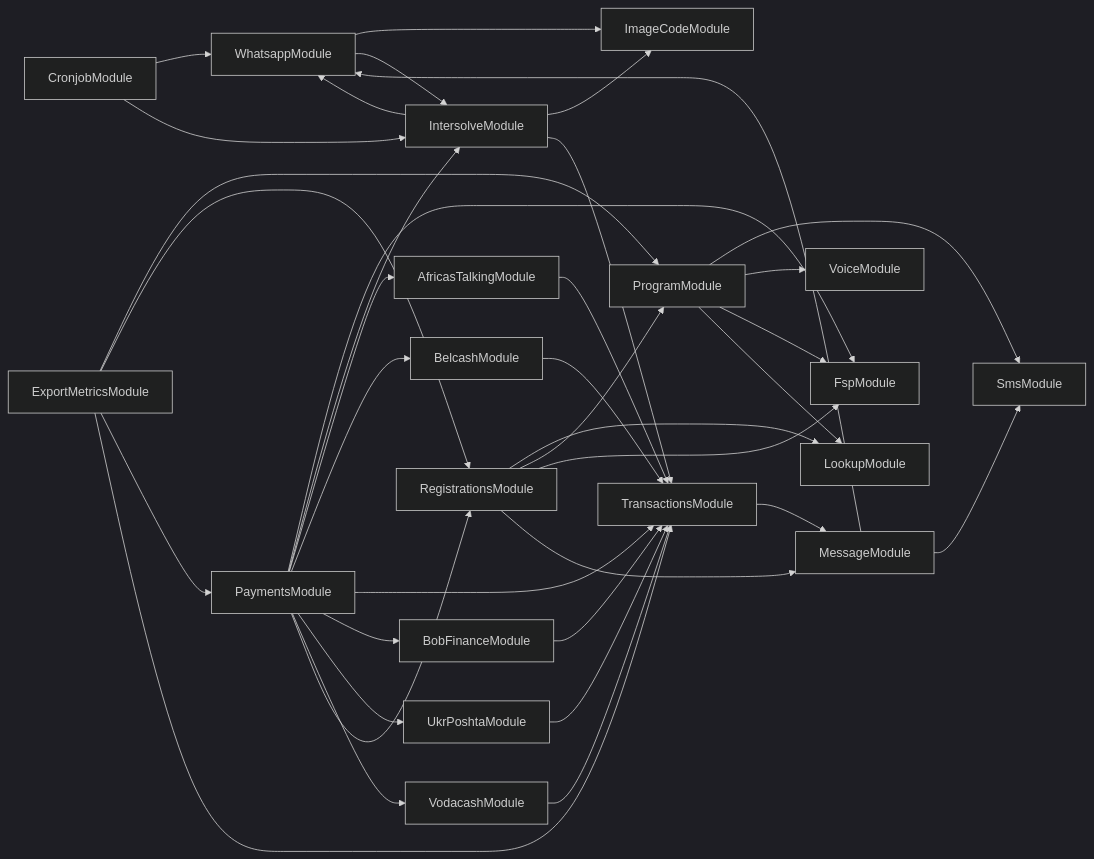
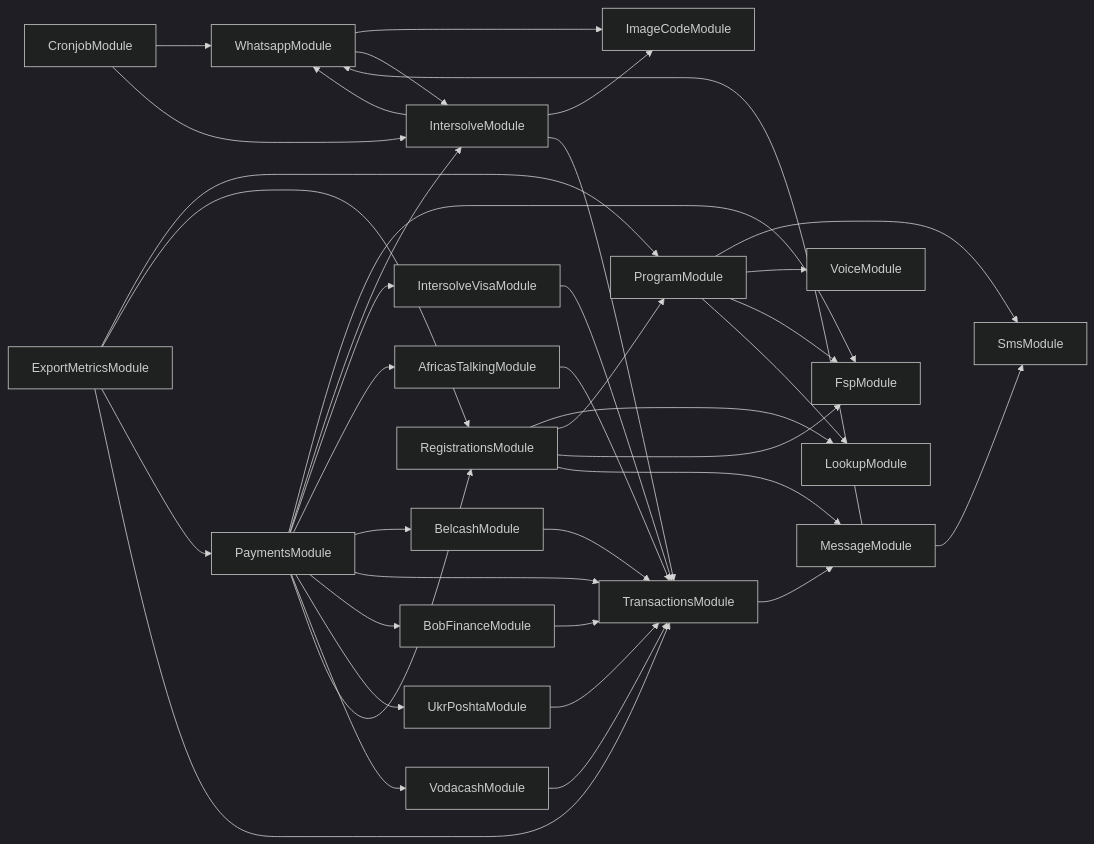
One commit to global-121/121-platform changed the diagram in services/121-service/module-dependencies.md. Above: the diagram before and after it, drawn with Mermaid (dark theme). The commit also changed 17 other files, not shown here.

Commit message:
Mock intersolve visa integration AB#17822 AB#17827 AB#17828 AB#17850

````diff
--- a/services/121-service/module-dependencies.md
+++ b/services/121-service/module-dependencies.md
@@ -3,39 +3,41 @@
 ```mermaid
 graph LR
   ProgramModule-->SmsModule
   ProgramModule-->VoiceModule
   ProgramModule-->FspModule
   ProgramModule-->LookupModule
   CronjobModule-->WhatsappModule
   WhatsappModule-->ImageCodeModule
   WhatsappModule-->IntersolveModule
   IntersolveModule-->ImageCodeModule
   IntersolveModule-->TransactionsModule
   TransactionsModule-->MessageModule
   MessageModule-->WhatsappModule
   MessageModule-->SmsModule
   IntersolveModule-->WhatsappModule
   CronjobModule-->IntersolveModule
   RegistrationsModule-->LookupModule
   RegistrationsModule-->ProgramModule
   RegistrationsModule-->FspModule
   RegistrationsModule-->MessageModule
   ExportMetricsModule-->ProgramModule
   ExportMetricsModule-->RegistrationsModule
   ExportMetricsModule-->PaymentsModule
   PaymentsModule-->FspModule
   PaymentsModule-->IntersolveModule
+  PaymentsModule-->IntersolveVisaModule
+  IntersolveVisaModule-->TransactionsModule
   PaymentsModule-->AfricasTalkingModule
   AfricasTalkingModule-->TransactionsModule
   PaymentsModule-->BelcashModule
   BelcashModule-->TransactionsModule
   PaymentsModule-->TransactionsModule
   PaymentsModule-->BobFinanceModule
   BobFinanceModule-->TransactionsModule
   PaymentsModule-->UkrPoshtaModule
   UkrPoshtaModule-->TransactionsModule
   PaymentsModule-->VodacashModule
   VodacashModule-->TransactionsModule
   PaymentsModule-->RegistrationsModule
   ExportMetricsModule-->TransactionsModule
 ```
````
